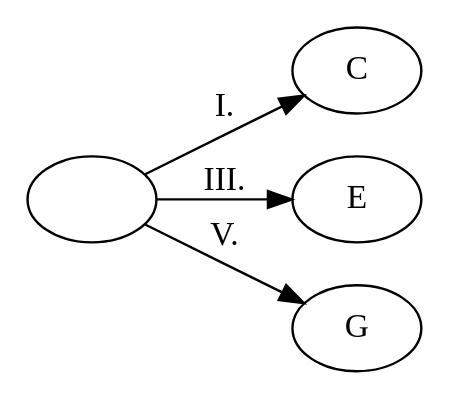
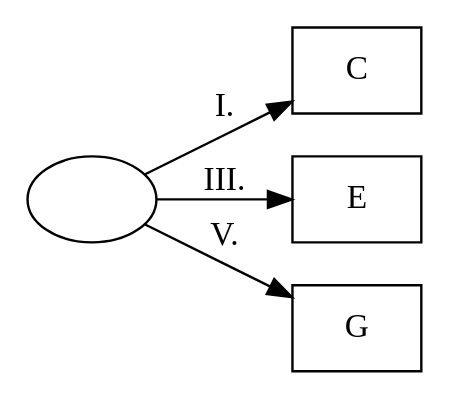
Before and after one commit to Ancsak01/szakdolgozat: the diagram in szakdolgozat/images/img_src/img1.dot, drawn with Graphviz. The commit also changed 19 other files, not shown here.

```diff
--- a/szakdolgozat/images/img_src/img1.dot
+++ b/szakdolgozat/images/img_src/img1.dot
@@ -1,10 +1,10 @@
 digraph g {
     rankdir=LR
     A [label=""]
-    B [label="C"]
-    C [label="E"]
-    D [label="G"]
+    B [label="C" shape="box"]
+    C [label="E" shape="box"]
+    D [label="G" shape="box"]
     A -> B [label="I."]
     A -> C [label="III."]
     A -> D [label="V."]
 }
```
